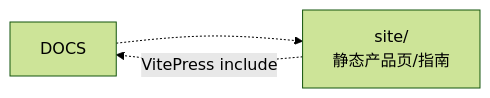
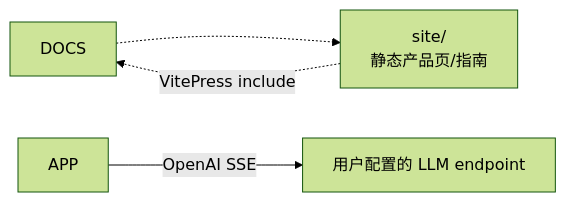
Before and after one commit to Momoyeyu/momo: the diagram in docs/README.md, drawn with Mermaid (forest theme). The commit also changed other lines of this file and 15 other files, not shown here.

````diff
--- a/docs/README.md
+++ b/docs/README.md
@@ -13,5 +16,6 @@
 ```mermaid
 flowchart LR
     DOCS -.-> SITE["site/<br/>静态产品页/指南"]
+    APP -->|"OpenAI SSE"| LLM["用户配置的 LLM endpoint"]
     SITE -.->|"VitePress include"| DOCS
 ```
````
